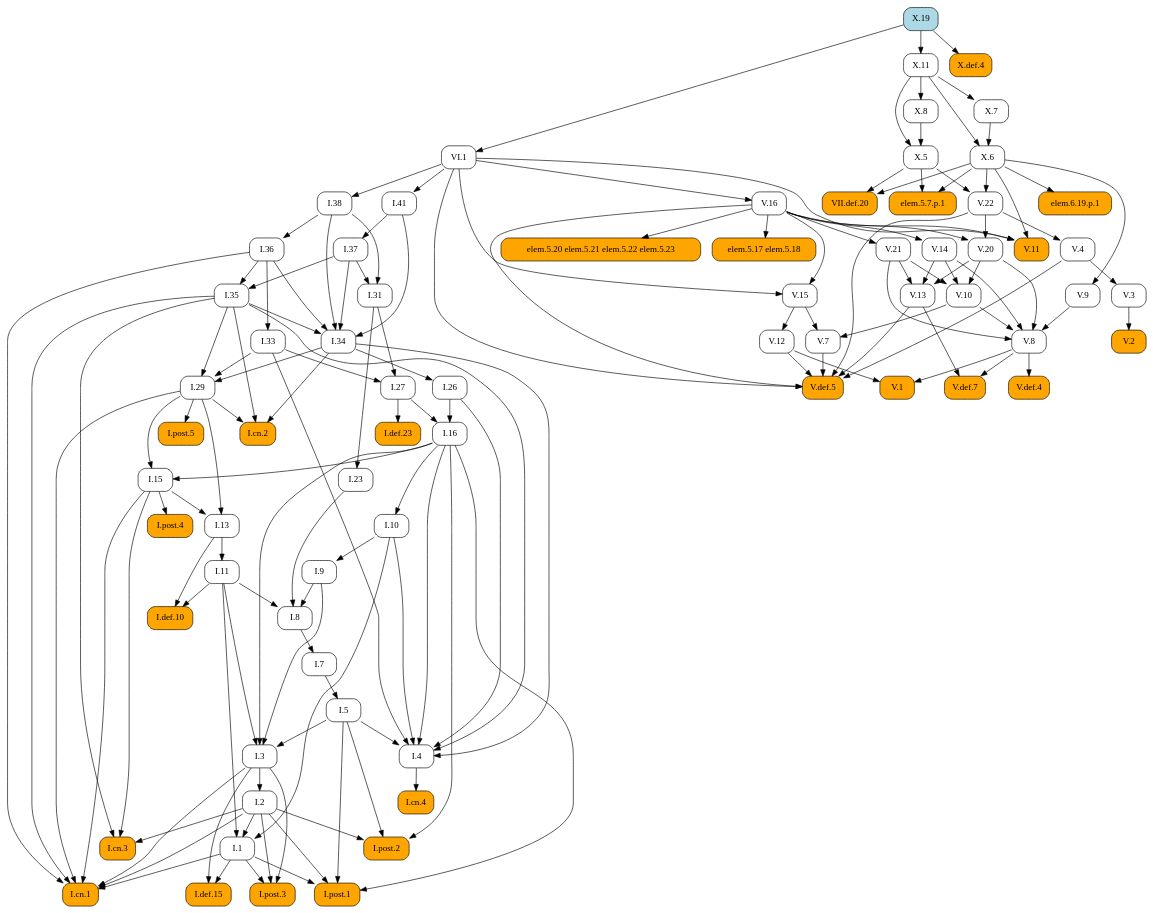
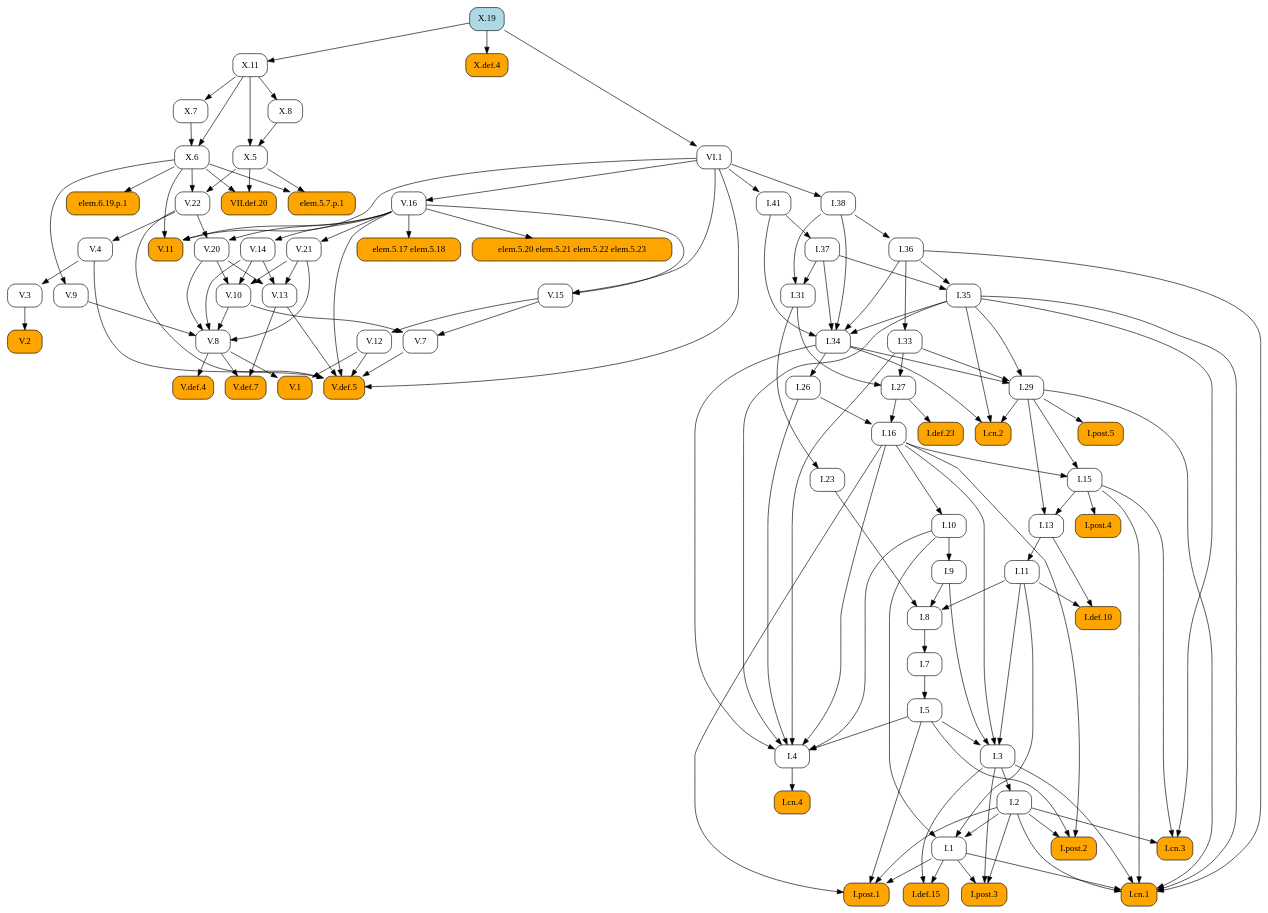
One commit to geometor/elements changed the diagram in docsrc/heath/X/19/index.rst. Above: the diagram before and after it, drawn with Graphviz. The commit also changed other lines of this file and 1029 other files, not shown here.

```diff
--- a/docsrc/heath/X/19/index.rst
+++ b/docsrc/heath/X/19/index.rst
@@ -39,115 +39,187 @@
    digraph {
      rankdir="TB";
      node [shape=box, style=rounded];
+     "I.def.10" [style="rounded,filled", fillcolor=orange, URL="/heath/I/def.10/", target="_top"];
+     "I.11" [URL="/heath/I/11/", target="_top"];
+     "I.post.4" [style="rounded,filled", fillcolor=orange, URL="/heath/I/post.4/", target="_top"];
+     "I.1" [URL="/heath/I/1/", target="_top"];
+     "V.def.5" [style="rounded,filled", fillcolor=orange, URL="/heath/V/def.5/", target="_top"];
+     "V.13" [URL="/heath/V/13/", target="_top"];
+     "V.11" [style="rounded,filled", fillcolor=orange, URL="/heath/V/11/", target="_top"];
+     "I.post.3" [style="rounded,filled", fillcolor=orange, URL="/heath/I/post.3/", target="_top"];
+     "VI.1" [URL="/heath/VI/1/", target="_top"];
+     "I.cn.3" [style="rounded,filled", fillcolor=orange, URL="/heath/I/cn.3/", target="_top"];
+     "V.16" [URL="/heath/V/16/", target="_top"];
+     "V.3" [URL="/heath/V/3/", target="_top"];
+     "X.7" [URL="/heath/X/7/", target="_top"];
+     "I.41" [URL="/heath/I/41/", target="_top"];
+     "I.36" [URL="/heath/I/36/", target="_top"];
+     "I.27" [URL="/heath/I/27/", target="_top"];
+     "V.8" [URL="/heath/V/8/", target="_top"];
+     "I.37" [URL="/heath/I/37/", target="_top"];
+     "I.34" [URL="/heath/I/34/", target="_top"];
+     "I.2" [URL="/heath/I/2/", target="_top"];
+     "I.def.23" [style="rounded,filled", fillcolor=orange, URL="/heath/I/def.23/", target="_top"];
+     "I.33" [URL="/heath/I/33/", target="_top"];
+     "X.19" [style="rounded,filled", fillcolor=lightblue, URL="/heath/X/19/", target="_top"];
+     "I.post.2" [style="rounded,filled", fillcolor=orange, URL="/heath/I/post.2/", target="_top"];
+     "elem.5.20 elem.5.21 elem.5.22 elem.5.23" [style="rounded,filled", fillcolor=orange];
+     "I.9" [URL="/heath/I/9/", target="_top"];
+     "X.def.4" [style="rounded,filled", fillcolor=orange, URL="/heath/X/def.4/", target="_top"];
+     "I.cn.4" [style="rounded,filled", fillcolor=orange, URL="/heath/I/cn.4/", target="_top"];
+     "V.def.4" [style="rounded,filled", fillcolor=orange, URL="/heath/V/def.4/", target="_top"];
+     "I.15" [URL="/heath/I/15/", target="_top"];
+     "I.38" [URL="/heath/I/38/", target="_top"];
+     "V.def.7" [style="rounded,filled", fillcolor=orange, URL="/heath/V/def.7/", target="_top"];
+     "VII.def.20" [style="rounded,filled", fillcolor=orange, URL="/heath/VII/def.20/", target="_top"];
+     "I.5" [URL="/heath/I/5/", target="_top"];
+     "V.21" [URL="/heath/V/21/", target="_top"];
+     "I.26" [URL="/heath/I/26/", target="_top"];
+     "V.14" [URL="/heath/V/14/", target="_top"];
+     "I.29" [URL="/heath/I/29/", target="_top"];
+     "V.12" [URL="/heath/V/12/", target="_top"];
+     "V.22" [URL="/heath/V/22/", target="_top"];
+     "I.cn.2" [style="rounded,filled", fillcolor=orange, URL="/heath/I/cn.2/", target="_top"];
+     "X.6" [URL="/heath/X/6/", target="_top"];
+     "X.8" [URL="/heath/X/8/", target="_top"];
+     "V.20" [URL="/heath/V/20/", target="_top"];
+     "V.10" [URL="/heath/V/10/", target="_top"];
+     "I.def.15" [style="rounded,filled", fillcolor=orange, URL="/heath/I/def.15/", target="_top"];
+     "V.15" [URL="/heath/V/15/", target="_top"];
+     "I.cn.1" [style="rounded,filled", fillcolor=orange, URL="/heath/I/cn.1/", target="_top"];
+     "V.7" [URL="/heath/V/7/", target="_top"];
+     "V.9" [URL="/heath/V/9/", target="_top"];
+     "I.23" [URL="/heath/I/23/", target="_top"];
+     "I.post.1" [style="rounded,filled", fillcolor=orange, URL="/heath/I/post.1/", target="_top"];
+     "elem.6.19.p.1" [style="rounded,filled", fillcolor=orange];
+     "I.35" [URL="/heath/I/35/", target="_top"];
+     "I.7" [URL="/heath/I/7/", target="_top"];
+     "I.3" [URL="/heath/I/3/", target="_top"];
+     "I.4" [URL="/heath/I/4/", target="_top"];
+     "I.13" [URL="/heath/I/13/", target="_top"];
+     "V.4" [URL="/heath/V/4/", target="_top"];
+     "elem.5.7.p.1" [style="rounded,filled", fillcolor=orange];
+     "I.31" [URL="/heath/I/31/", target="_top"];
      "V.1" [style="rounded,filled", fillcolor=orange, URL="/heath/V/1/", target="_top"];
-     "X.7" [URL="/heath/X/7/", target="_top"];
-     "I.29" [URL="/heath/I/29/", target="_top"];
-     "I.7" [URL="/heath/I/7/", target="_top"];
-     "I.27" [URL="/heath/I/27/", target="_top"];
-     "I.def.23" [style="rounded,filled", fillcolor=orange, URL="/heath/I/def.23/", target="_top"];
-     "V.20" [URL="/heath/V/20/", target="_top"];
-     "I.34" [URL="/heath/I/34/", target="_top"];
+     "I.16" [URL="/heath/I/16/", target="_top"];
+     "elem.5.17 elem.5.18" [style="rounded,filled", fillcolor=orange];
+     "X.5" [URL="/heath/X/5/", target="_top"];
+     "X.11" [URL="/heath/X/11/", target="_top"];
      "I.8" [URL="/heath/I/8/", target="_top"];
      "V.2" [style="rounded,filled", fillcolor=orange, URL="/heath/V/2/", target="_top"];
-     "I.9" [URL="/heath/I/9/", target="_top"];
-     "V.22" [URL="/heath/V/22/", target="_top"];
-     "elem.5.7.p.1" [style="rounded,filled", fillcolor=orange];
-     "I.post.4" [style="rounded,filled", fillcolor=orange, URL="/heath/I/post.4/", target="_top"];
-     "I.2" [URL="/heath/I/2/", target="_top"];
-     "V.4" [URL="/heath/V/4/", target="_top"];
-     "I.cn.4" [style="rounded,filled", fillcolor=orange, URL="/heath/I/cn.4/", target="_top"];
-     "X.8" [URL="/heath/X/8/", target="_top"];
-     "elem.5.20 elem.5.21 elem.5.22 elem.5.23" [style="rounded,filled", fillcolor=orange];
-     "I.23" [URL="/heath/I/23/", target="_top"];
-     "I.13" [URL="/heath/I/13/", target="_top"];
-     "I.5" [URL="/heath/I/5/", target="_top"];
-     "I.11" [URL="/heath/I/11/", target="_top"];
-     "X.6" [URL="/heath/X/6/", target="_top"];
-     "I.4" [URL="/heath/I/4/", target="_top"];
-     "I.def.10" [style="rounded,filled", fillcolor=orange, URL="/heath/I/def.10/", target="_top"];
-     "I.post.3" [style="rounded,filled", fillcolor=orange, URL="/heath/I/post.3/", target="_top"];
-     "V.9" [URL="/heath/V/9/", target="_top"];
-     "elem.5.17 elem.5.18" [style="rounded,filled", fillcolor=orange];
-     "V.3" [URL="/heath/V/3/", target="_top"];
-     "I.36" [URL="/heath/I/36/", target="_top"];
-     "V.12" [URL="/heath/V/12/", target="_top"];
-     "X.19" [style="rounded,filled", fillcolor=lightblue, URL="/heath/X/19/", target="_top"];
-     "I.15" [URL="/heath/I/15/", target="_top"];
-     "I.41" [URL="/heath/I/41/", target="_top"];
-     "V.def.5" [style="rounded,filled", fillcolor=orange, URL="/heath/V/def.5/", target="_top"];
-     "I.cn.3" [style="rounded,filled", fillcolor=orange, URL="/heath/I/cn.3/", target="_top"];
-     "I.38" [URL="/heath/I/38/", target="_top"];
-     "V.16" [URL="/heath/V/16/", target="_top"];
-     "V.15" [URL="/heath/V/15/", target="_top"];
-     "V.def.4" [style="rounded,filled", fillcolor=orange, URL="/heath/V/def.4/", target="_top"];
-     "V.21" [URL="/heath/V/21/", target="_top"];
-     "V.8" [URL="/heath/V/8/", target="_top"];
-     "V.7" [URL="/heath/V/7/", target="_top"];
-     "I.1" [URL="/heath/I/1/", target="_top"];
-     "I.def.15" [style="rounded,filled", fillcolor=orange, URL="/heath/I/def.15/", target="_top"];
-     "V.13" [URL="/heath/V/13/", target="_top"];
-     "I.post.1" [style="rounded,filled", fillcolor=orange, URL="/heath/I/post.1/", target="_top"];
-     "X.5" [URL="/heath/X/5/", target="_top"];
-     "VII.def.20" [style="rounded,filled", fillcolor=orange, URL="/heath/VII/def.20/", target="_top"];
-     "elem.6.19.p.1" [style="rounded,filled", fillcolor=orange];
-     "I.26" [URL="/heath/I/26/", target="_top"];
-     "I.33" [URL="/heath/I/33/", target="_top"];
-     "X.11" [URL="/heath/X/11/", target="_top"];
-     "V.def.7" [style="rounded,filled", fillcolor=orange, URL="/heath/V/def.7/", target="_top"];
-     "I.cn.2" [style="rounded,filled", fillcolor=orange, URL="/heath/I/cn.2/", target="_top"];
-     "V.10" [URL="/heath/V/10/", target="_top"];
+     "I.post.5" [style="rounded,filled", fillcolor=orange, URL="/heath/I/post.5/", target="_top"];
      "I.10" [URL="/heath/I/10/", target="_top"];
-     "I.3" [URL="/heath/I/3/", target="_top"];
-     "I.16" [URL="/heath/I/16/", target="_top"];
-     "I.31" [URL="/heath/I/31/", target="_top"];
-     "V.11" [style="rounded,filled", fillcolor=orange, URL="/heath/V/11/", target="_top"];
-     "I.post.2" [style="rounded,filled", fillcolor=orange, URL="/heath/I/post.2/", target="_top"];
-     "X.def.4" [style="rounded,filled", fillcolor=orange, URL="/heath/X/def.4/", target="_top"];
-     "VI.1" [URL="/heath/VI/1/", target="_top"];
-     "I.post.5" [style="rounded,filled", fillcolor=orange, URL="/heath/I/post.5/", target="_top"];
-     "I.35" [URL="/heath/I/35/", target="_top"];
-     "I.cn.1" [style="rounded,filled", fillcolor=orange, URL="/heath/I/cn.1/", target="_top"];
-     "I.37" [URL="/heath/I/37/", target="_top"];
-     "V.14" [URL="/heath/V/14/", target="_top"];
-     "V.8" -> "V.1";
-     "V.12" -> "V.1";
+     "I.11" -> "I.def.10";
+     "I.13" -> "I.def.10";
+     "I.13" -> "I.11";
+     "I.15" -> "I.post.4";
+     "I.2" -> "I.1";
+     "I.10" -> "I.1";
+     "I.11" -> "I.1";
+     "V.4" -> "V.def.5";
+     "V.7" -> "V.def.5";
+     "V.12" -> "V.def.5";
+     "V.13" -> "V.def.5";
+     "V.16" -> "V.def.5";
+     "V.22" -> "V.def.5";
+     "VI.1" -> "V.def.5";
+     "V.14" -> "V.13";
+     "V.20" -> "V.13";
+     "V.21" -> "V.13";
+     "V.16" -> "V.11";
+     "VI.1" -> "V.11";
+     "X.6" -> "V.11";
+     "I.1" -> "I.post.3";
+     "I.2" -> "I.post.3";
+     "I.3" -> "I.post.3";
+     "X.19" -> "VI.1";
+     "I.2" -> "I.cn.3";
+     "I.15" -> "I.cn.3";
+     "I.35" -> "I.cn.3";
+     "VI.1" -> "V.16";
+     "V.4" -> "V.3";
      "X.11" -> "X.7";
-     "I.33" -> "I.29";
-     "I.34" -> "I.29";
-     "I.35" -> "I.29";
-     "I.8" -> "I.7";
+     "VI.1" -> "I.41";
+     "I.38" -> "I.36";
      "I.31" -> "I.27";
      "I.33" -> "I.27";
-     "I.27" -> "I.def.23";
-     "V.16" -> "V.20";
-     "V.22" -> "V.20";
+     "V.9" -> "V.8";
+     "V.10" -> "V.8";
+     "V.14" -> "V.8";
+     "V.20" -> "V.8";
+     "V.21" -> "V.8";
+     "I.41" -> "I.37";
      "I.35" -> "I.34";
      "I.36" -> "I.34";
      "I.37" -> "I.34";
      "I.38" -> "I.34";
      "I.41" -> "I.34";
-     "I.9" -> "I.8";
-     "I.11" -> "I.8";
-     "I.23" -> "I.8";
-     "V.3" -> "V.2";
+     "I.3" -> "I.2";
+     "I.27" -> "I.def.23";
+     "I.36" -> "I.33";
+     "I.2" -> "I.post.2";
+     "I.5" -> "I.post.2";
+     "I.16" -> "I.post.2";
+     "V.16" -> "elem.5.20 elem.5.21 elem.5.22 elem.5.23";
      "I.10" -> "I.9";
+     "X.19" -> "X.def.4";
+     "I.4" -> "I.cn.4";
+     "V.8" -> "V.def.4";
+     "I.16" -> "I.15";
+     "I.29" -> "I.15";
+     "VI.1" -> "I.38";
+     "V.8" -> "V.def.7";
+     "V.13" -> "V.def.7";
+     "X.5" -> "VII.def.20";
+     "X.6" -> "VII.def.20";
+     "I.7" -> "I.5";
+     "V.16" -> "V.21";
+     "I.34" -> "I.26";
+     "V.16" -> "V.14";
+     "I.33" -> "I.29";
+     "I.34" -> "I.29";
+     "I.35" -> "I.29";
+     "V.15" -> "V.12";
      "X.5" -> "V.22";
      "X.6" -> "V.22";
-     "X.5" -> "elem.5.7.p.1";
-     "X.6" -> "elem.5.7.p.1";
-     "I.15" -> "I.post.4";
-     "I.3" -> "I.2";
-     "V.22" -> "V.4";
-     "I.4" -> "I.cn.4";
-     "X.11" -> "X.8";
-     "V.16" -> "elem.5.20 elem.5.21 elem.5.22 elem.5.23";
-     "I.31" -> "I.23";
-     "I.15" -> "I.13";
-     "I.29" -> "I.13";
-     "I.7" -> "I.5";
-     "I.13" -> "I.11";
+     "I.29" -> "I.cn.2";
+     "I.34" -> "I.cn.2";
+     "I.35" -> "I.cn.2";
      "X.7" -> "X.6";
      "X.11" -> "X.6";
+     "X.11" -> "X.8";
+     "V.16" -> "V.20";
+     "V.22" -> "V.20";
+     "V.14" -> "V.10";
+     "V.20" -> "V.10";
+     "V.21" -> "V.10";
+     "I.1" -> "I.def.15";
+     "I.3" -> "I.def.15";
+     "V.16" -> "V.15";
+     "VI.1" -> "V.15";
+     "I.1" -> "I.cn.1";
+     "I.2" -> "I.cn.1";
+     "I.3" -> "I.cn.1";
+     "I.15" -> "I.cn.1";
+     "I.29" -> "I.cn.1";
+     "I.35" -> "I.cn.1";
+     "I.36" -> "I.cn.1";
+     "V.10" -> "V.7";
+     "V.15" -> "V.7";
+     "X.6" -> "V.9";
+     "I.31" -> "I.23";
+     "I.1" -> "I.post.1";
+     "I.2" -> "I.post.1";
+     "I.5" -> "I.post.1";
+     "I.16" -> "I.post.1";
+     "X.6" -> "elem.6.19.p.1";
+     "I.36" -> "I.35";
+     "I.37" -> "I.35";
+     "I.8" -> "I.7";
+     "I.5" -> "I.3";
+     "I.9" -> "I.3";
+     "I.11" -> "I.3";
+     "I.16" -> "I.3";
      "I.5" -> "I.4";
      "I.10" -> "I.4";
      "I.16" -> "I.4";
@@ -155,97 +227,25 @@
      "I.33" -> "I.4";
      "I.34" -> "I.4";
      "I.35" -> "I.4";
-     "I.11" -> "I.def.10";
-     "I.13" -> "I.def.10";
-     "I.1" -> "I.post.3";
-     "I.2" -> "I.post.3";
-     "I.3" -> "I.post.3";
-     "X.6" -> "V.9";
+     "I.15" -> "I.13";
+     "I.29" -> "I.13";
+     "V.22" -> "V.4";
+     "X.5" -> "elem.5.7.p.1";
+     "X.6" -> "elem.5.7.p.1";
+     "I.37" -> "I.31";
+     "I.38" -> "I.31";
+     "V.8" -> "V.1";
+     "V.12" -> "V.1";
+     "I.26" -> "I.16";
+     "I.27" -> "I.16";
      "V.16" -> "elem.5.17 elem.5.18";
-     "V.4" -> "V.3";
-     "I.38" -> "I.36";
-     "V.15" -> "V.12";
-     "I.16" -> "I.15";
-     "I.29" -> "I.15";
-     "VI.1" -> "I.41";
-     "V.4" -> "V.def.5";
-     "V.7" -> "V.def.5";
-     "V.12" -> "V.def.5";
-     "V.13" -> "V.def.5";
-     "V.16" -> "V.def.5";
-     "V.22" -> "V.def.5";
-     "VI.1" -> "V.def.5";
-     "I.2" -> "I.cn.3";
-     "I.15" -> "I.cn.3";
-     "I.35" -> "I.cn.3";
-     "VI.1" -> "I.38";
-     "VI.1" -> "V.16";
-     "V.16" -> "V.15";
-     "VI.1" -> "V.15";
-     "V.8" -> "V.def.4";
-     "V.16" -> "V.21";
-     "V.9" -> "V.8";
-     "V.10" -> "V.8";
-     "V.14" -> "V.8";
-     "V.20" -> "V.8";
-     "V.21" -> "V.8";
-     "V.10" -> "V.7";
-     "V.15" -> "V.7";
-     "I.2" -> "I.1";
-     "I.10" -> "I.1";
-     "I.11" -> "I.1";
-     "I.1" -> "I.def.15";
-     "I.3" -> "I.def.15";
-     "V.14" -> "V.13";
-     "V.20" -> "V.13";
-     "V.21" -> "V.13";
-     "I.1" -> "I.post.1";
-     "I.2" -> "I.post.1";
-     "I.5" -> "I.post.1";
-     "I.16" -> "I.post.1";
      "X.8" -> "X.5";
      "X.11" -> "X.5";
-     "X.5" -> "VII.def.20";
-     "X.6" -> "VII.def.20";
-     "X.6" -> "elem.6.19.p.1";
-     "I.34" -> "I.26";
-     "I.36" -> "I.33";
      "X.19" -> "X.11";
-     "V.8" -> "V.def.7";
-     "V.13" -> "V.def.7";
-     "I.29" -> "I.cn.2";
-     "I.34" -> "I.cn.2";
-     "I.35" -> "I.cn.2";
-     "V.14" -> "V.10";
-     "V.20" -> "V.10";
-     "V.21" -> "V.10";
+     "I.9" -> "I.8";
+     "I.11" -> "I.8";
+     "I.23" -> "I.8";
+     "V.3" -> "V.2";
+     "I.29" -> "I.post.5";
      "I.16" -> "I.10";
-     "I.5" -> "I.3";
-     "I.9" -> "I.3";
-     "I.11" -> "I.3";
-     "I.16" -> "I.3";
-     "I.26" -> "I.16";
-     "I.27" -> "I.16";
-     "I.37" -> "I.31";
-     "I.38" -> "I.31";
-     "V.16" -> "V.11";
-     "VI.1" -> "V.11";
-     "X.6" -> "V.11";
-     "I.2" -> "I.post.2";
-     "I.5" -> "I.post.2";
-     "I.16" -> "I.post.2";
-     "X.19" -> "X.def.4";
-     "X.19" -> "VI.1";
-     "I.29" -> "I.post.5";
-     "I.36" -> "I.35";
-     "I.37" -> "I.35";
-     "I.1" -> "I.cn.1";
-     "I.2" -> "I.cn.1";
-     "I.3" -> "I.cn.1";
-     "I.15" -> "I.cn.1";
-     "I.29" -> "I.cn.1";
-     "I.35" -> "I.cn.1";
-     "I.36" -> "I.cn.1";
-     "I.41" -> "I.37";
-     "V.16" -> "V.14";
    }
```
